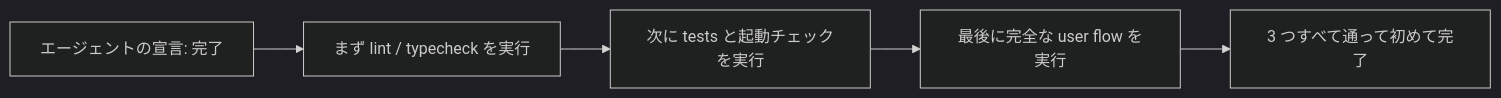
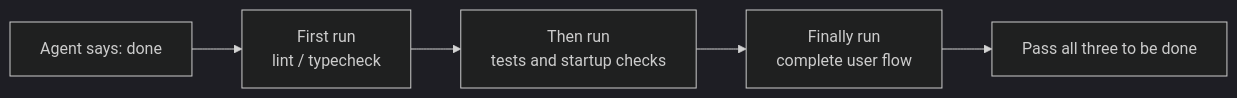
The first of 2 diagrams in docs/en/lectures/lecture-09-why-agents-declare-victory-too-early/index.md (mkusaka/learn-harness-engineering), drawn with Mermaid (dark theme) before and after one commit. The commit also changed other lines of this file and 684 other files, not shown here.

````diff
--- a/docs/en/lectures/lecture-09-why-agents-declare-victory-too-early/index.md
+++ b/docs/en/lectures/lecture-09-why-agents-declare-victory-too-early/index.md
@@ -22,7 +22,7 @@
 ```mermaid
 flowchart LR
-    Claim["エージェントの宣言: 完了"] --> L1["まず lint / typecheck を実行"]
-    L1 --> L2["次に tests と起動チェックを実行"]
-    L2 --> L3["最後に完全な user flow を実行"]
-    L3 --> Done["3 つすべて通って初めて完了"]
+    Claim["Agent says: done"] --> L1["First run<br/>lint / typecheck"]
+    L1 --> L2["Then run<br/>tests and startup checks"]
+    L2 --> L3["Finally run<br/>complete user flow"]
+    L3 --> Done["Pass all three to be done"]
 ```
````
